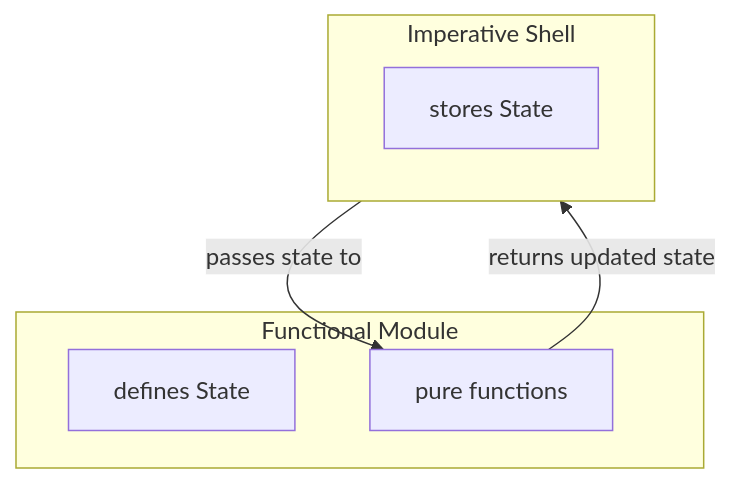
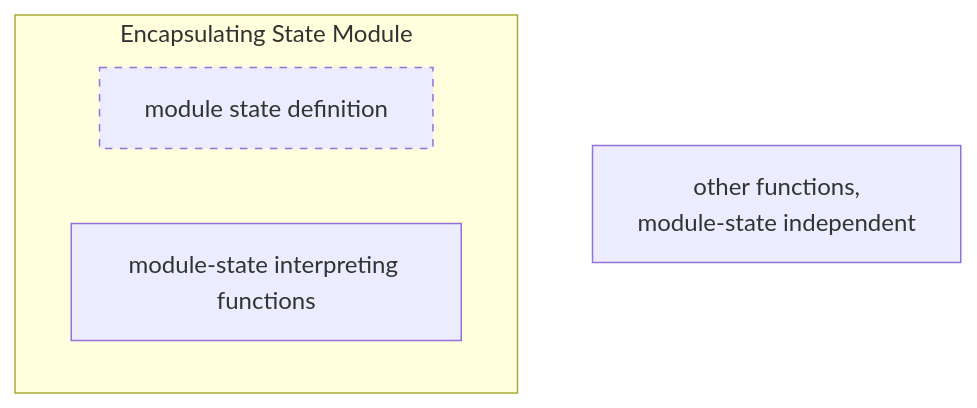
The diagram in posts/mastering-state-in-modern-cpp-making-it-encapsulated.md (mahush/funkyposts), drawn with Mermaid before and after one commit. The commit also changed other lines of this file, not shown here.

````diff
--- a/posts/mastering-state-in-modern-cpp-making-it-encapsulated.md
+++ b/posts/mastering-state-in-modern-cpp-making-it-encapsulated.md
@@ -23,15 +23,13 @@
 ```mermaid
 flowchart TD
 
-subgraph Module["Functional Module"]
-    Defines["defines State"]
-    Ops["pure functions"]
+subgraph Module["Encapsulating&nbsp;State&nbsp;Module"]
+    StateDef["module state definition"]
+    Interpreters["module-state interpreting functions"]
 end
 
-subgraph Shell["Imperative Shell"]
-    Stores["stores State"]
-end
+Independent["other functions,<br/>module-state independent"]
 
-Shell -->|"passes state to"| Ops
-Ops -->|"returns updated state"| Shell
+classDef state stroke-dasharray: 5 5;
+class StateDef state;
 ```
````
